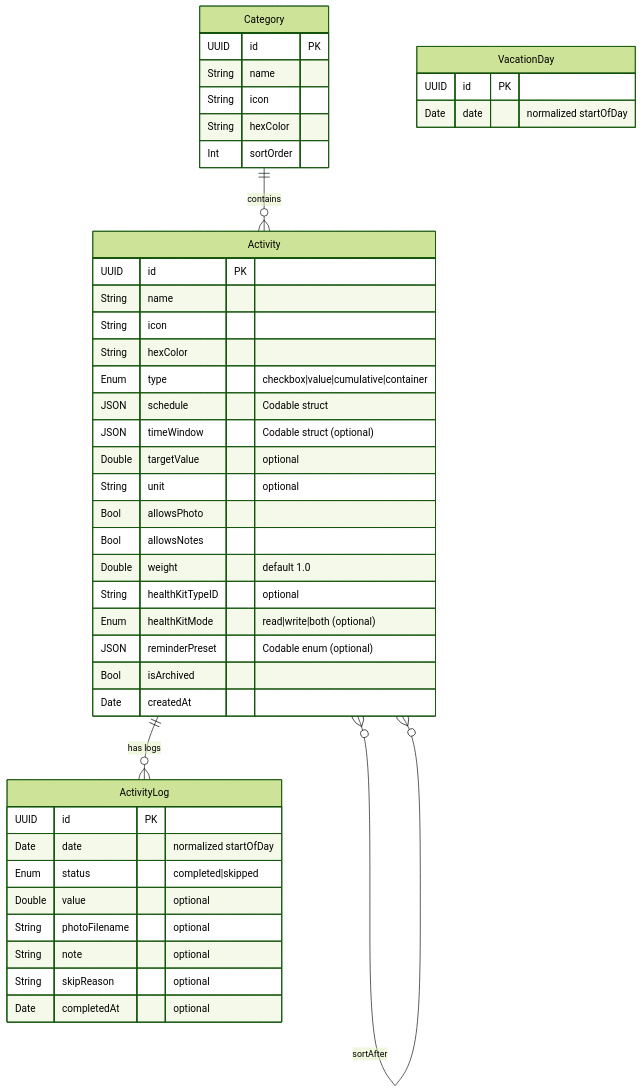
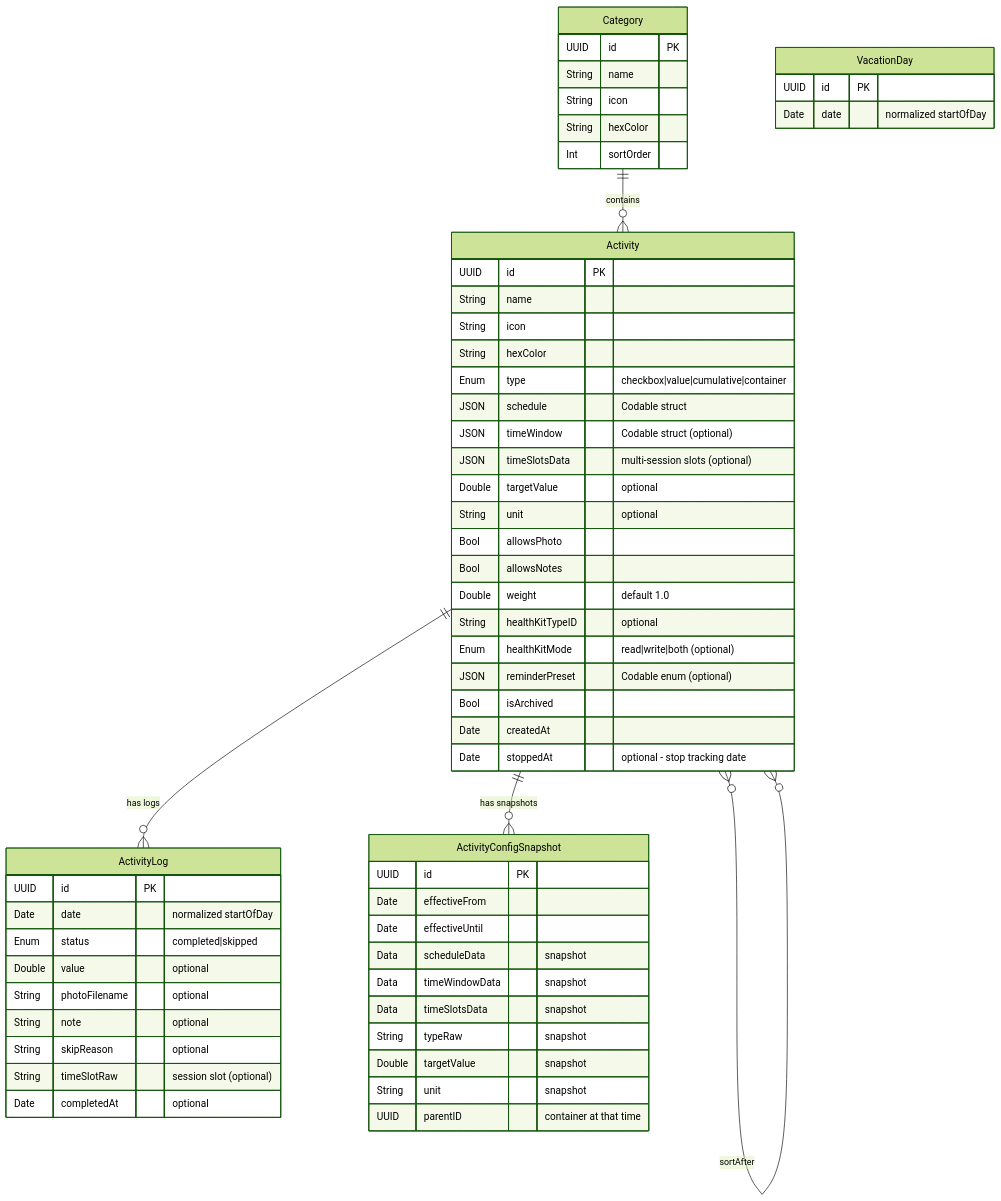
Before and after one commit to samg2003/personal_activity_tracking: the second of 2 diagrams in docs/ARCHITECTURE.md, drawn with Mermaid (forest theme). The commit also changed other lines of this file and 13 other files, not shown here.

````diff
--- a/docs/ARCHITECTURE.md
+++ b/docs/ARCHITECTURE.md
@@ -55,51 +55,68 @@
 ```mermaid
 erDiagram
     Category ||--o{ Activity : contains
     Activity ||--o{ Activity : "parent → children"
     Activity ||--o{ ActivityLog : "has logs"
     Activity }o--o{ Activity : "sortAfter"
+    Activity ||--o{ ActivityConfigSnapshot : "has snapshots"
 
     Category {
         UUID id PK
         String name
         String icon
         String hexColor
         Int sortOrder
     }
 
     Activity {
         UUID id PK
         String name
         String icon
         String hexColor
         Enum type "checkbox|value|cumulative|container"
         JSON schedule "Codable struct"
         JSON timeWindow "Codable struct (optional)"
+        JSON timeSlotsData "multi-session slots (optional)"
         Double targetValue "optional"
         String unit "optional"
         Bool allowsPhoto
         Bool allowsNotes
         Double weight "default 1.0"
         String healthKitTypeID "optional"
         Enum healthKitMode "read|write|both (optional)"
         JSON reminderPreset "Codable enum (optional)"
         Bool isArchived
         Date createdAt
+        Date stoppedAt "optional - stop tracking date"
     }
 
     ActivityLog {
         UUID id PK
         Date date "normalized startOfDay"
         Enum status "completed|skipped"
         Double value "optional"
         String photoFilename "optional"
         String note "optional"
         String skipReason "optional"
+        String timeSlotRaw "session slot (optional)"
         Date completedAt "optional"
     }
 
     VacationDay {
         UUID id PK
         Date date "normalized startOfDay"
     }
+
+    ActivityConfigSnapshot {
+        UUID id PK
+        Date effectiveFrom
+        Date effectiveUntil
+        Data scheduleData "snapshot"
+        Data timeWindowData "snapshot"
+        Data timeSlotsData "snapshot"
+        String typeRaw "snapshot"
+        Double targetValue "snapshot"
+        String unit "snapshot"
+        UUID parentID "container at that time"
+    }
 ```
````
